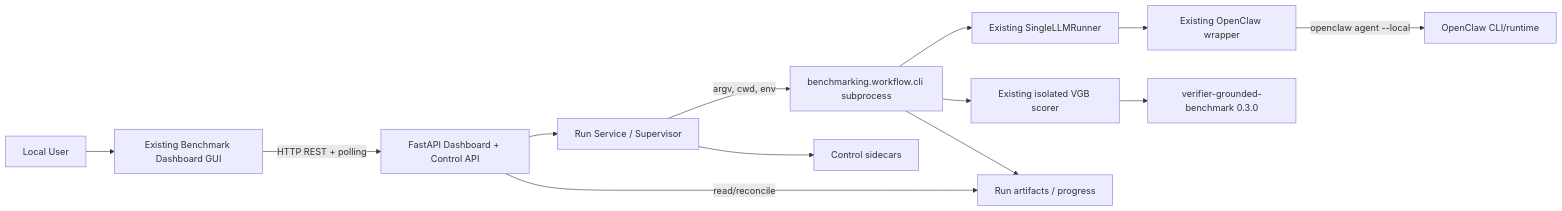
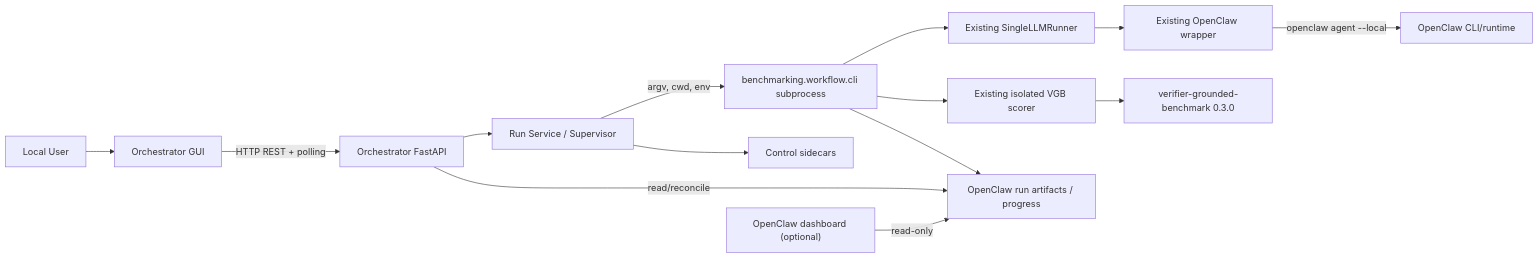
The first of 6 diagrams in Architecture_Design.md (crystal668-hub/Benchmark-Orchestrator), drawn with Mermaid before and after one commit. The commit also changed other lines of this file and 2 other files, not shown here.

Commit message:
docs: define standalone orchestrator boundary

````diff
--- a/Architecture_Design.md
+++ b/Architecture_Design.md
@@ -43,15 +45,16 @@
 ```mermaid
 flowchart LR
-    U["Local User"] --> GUI["Existing Benchmark Dashboard GUI"]
-    GUI -->|"HTTP REST + polling"| API["FastAPI Dashboard + Control API"]
+    U["Local User"] --> GUI["Orchestrator GUI"]
+    GUI -->|"HTTP REST + polling"| API["Orchestrator FastAPI"]
     API --> RS["Run Service / Supervisor"]
     RS -->|"argv, cwd, env"| CLI["benchmarking.workflow.cli subprocess"]
     CLI --> SR["Existing SingleLLMRunner"]
     SR --> OW["Existing OpenClaw wrapper"]
     OW -->|"openclaw agent --local"| OC["OpenClaw CLI/runtime"]
     CLI --> VS["Existing isolated VGB scorer"]
     VS --> VGB["verifier-grounded-benchmark 0.3.0"]
-    CLI --> ART["Run artifacts / progress"]
+    CLI --> ART["OpenClaw run artifacts / progress"]
     API -->|"read/reconcile"| ART
     RS --> CTRL["Control sidecars"]
+    OD["OpenClaw dashboard (optional)"] -->|"read-only"| ART
 ```
````
